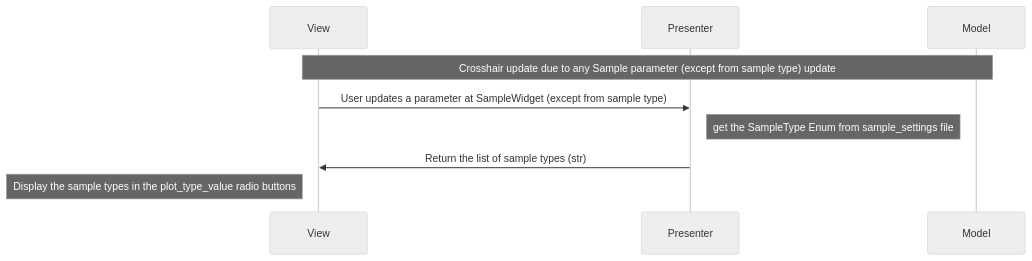
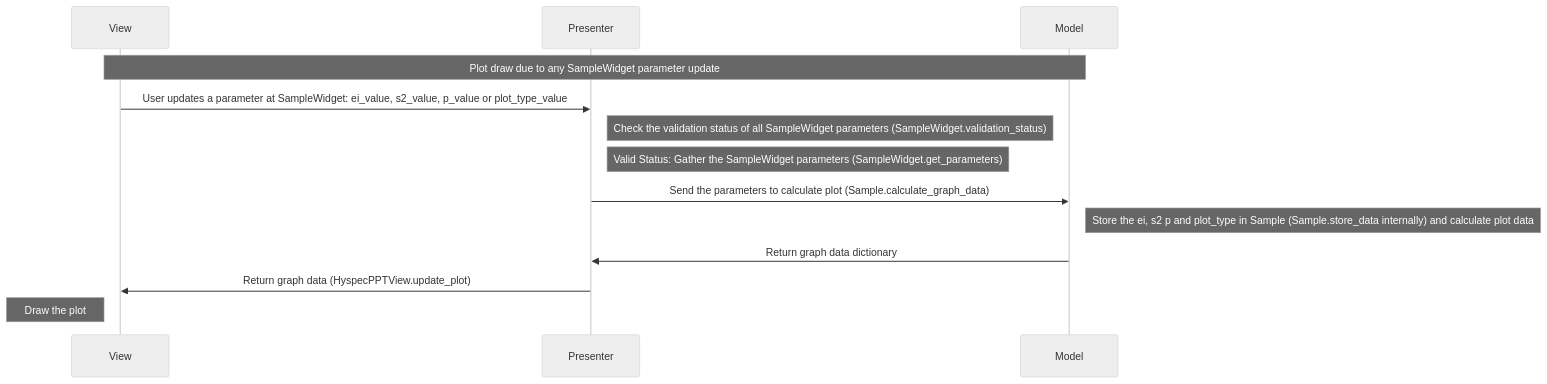
One commit to neutrons/hyspecppt changed the sixth of 13 diagrams in docs/source/design/hyspecpptclasses.rst. Above: the diagram before and after it, drawn with Mermaid (neutral theme). The commit also changed other lines of this file and 1 other file, not shown here.

```diff
--- a/docs/source/design/hyspecpptclasses.rst
+++ b/docs/source/design/hyspecpptclasses.rst
@@ -488,12 +488,16 @@
-    .. mermaid::
+        .. mermaid::
 
-        sequenceDiagram
-            participant View
-            participant Presenter
-            participant Model
+            sequenceDiagram
+                participant View
+                participant Presenter
+                participant Model
 
-            Note over View,Model: Crosshair update due to any Sample parameter (except from sample type) update
-            View->>Presenter: User updates a parameter at SampleWidget (except from sample type)
-            Note right of Presenter: get the SampleType Enum from sample_settings file
-            Presenter->>View: Return the list of sample types (str)
-            Note left of View: Display the sample types in the plot_type_value radio buttons
+                Note over View,Model: Plot draw due to any SampleWidget parameter update
+                View->>Presenter: User updates a parameter at SampleWidget: ei_value, s2_value, p_value or plot_type_value
+                Note right of Presenter: Check the validation status of all SampleWidget parameters (SampleWidget.validation_status)
+                Note right of Presenter: Valid Status: Gather the SampleWidget parameters (SampleWidget.get_parameters)
+                Presenter->>Model: Send the parameters to calculate plot (Sample.calculate_graph_data)
+                Note right of Model: Store the ei, s2 p and plot_type in Sample (Sample.store_data internally) and calculate plot data
+                Model->>Presenter: Return graph data dictionary
+                Presenter->>View: Return graph data (HyspecPPTView.update_plot)
+                Note left of View: Draw the plot
```
